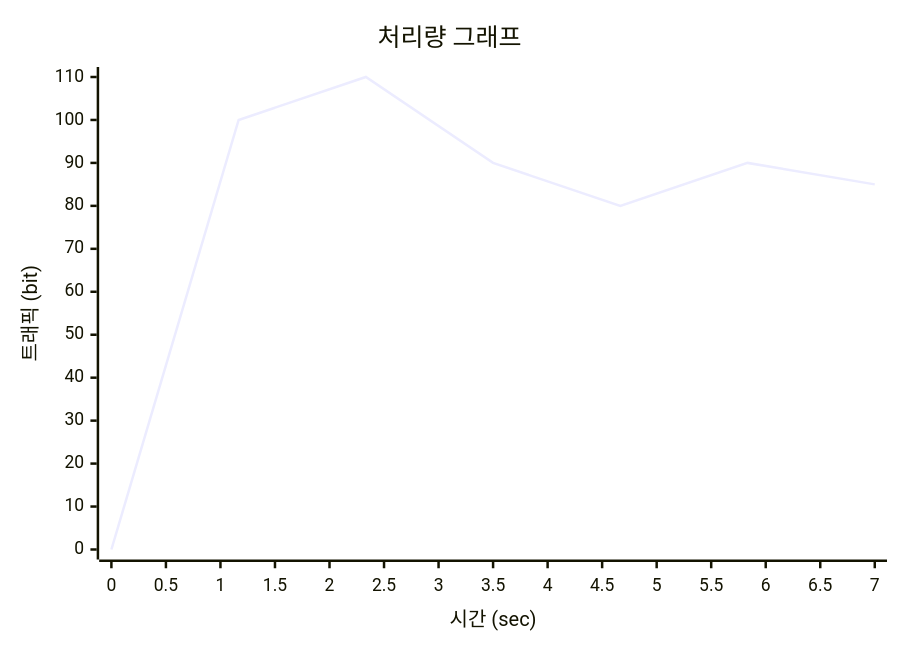
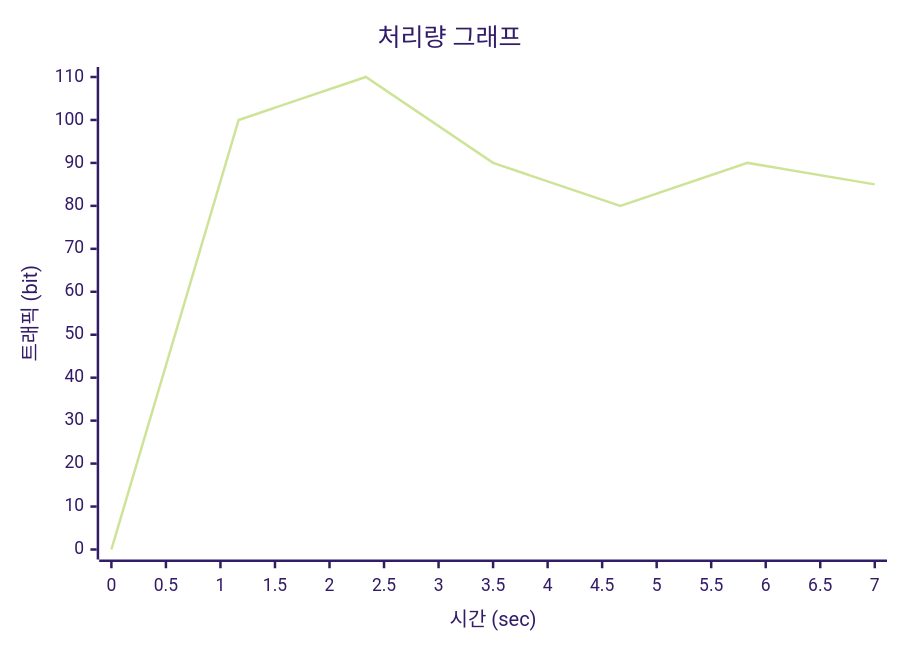
Before and after one commit to 2chanhaeng/obsidian-vault-for-study: the diagram in Throughput.md, drawn with Mermaid.

Commit message:
Auto backup M Throughput.md from M1 MBA13 at 2024-01-22 17:13:04
Affected files:
Throughput.md

````diff
--- a/Throughput.md
+++ b/Throughput.md
@@ -3,19 +3,8 @@
 ```mermaid
----
-config:
-  yAxis:
-    showTick: false
----
-
+%%{init: {'theme':'forest'}}%%
 xychart-beta
-
 title "처리량 그래프"
-
 x-axis "시간 (sec)" 0 --> 7
-
 y-axis "트래픽 (bit)"
-
 line "처리량" [0, 100, 110,90,80,90,85]
-
-line "대역폭" [15]
 ```
````
